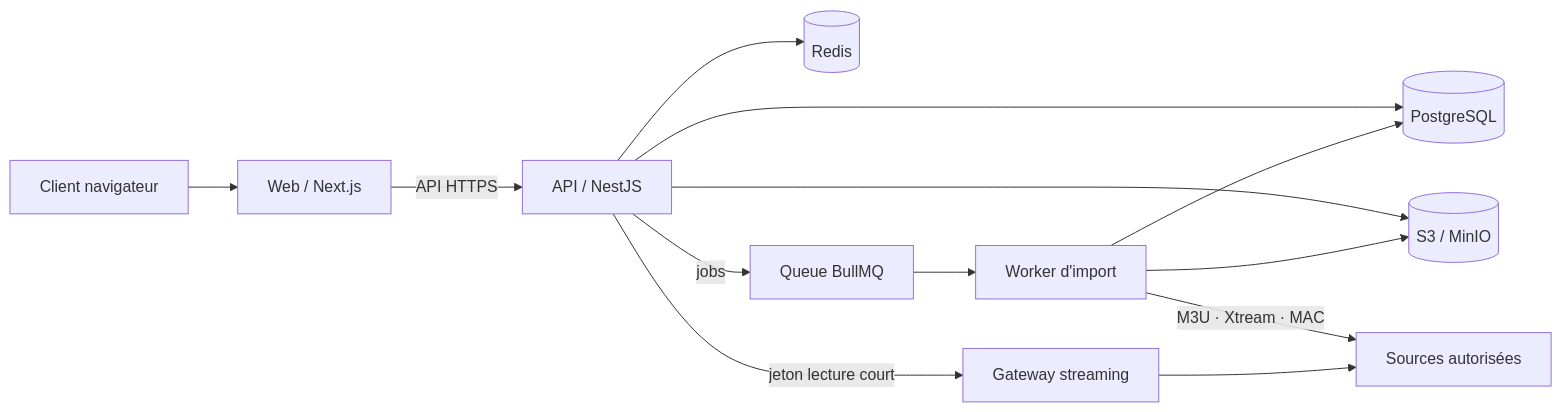
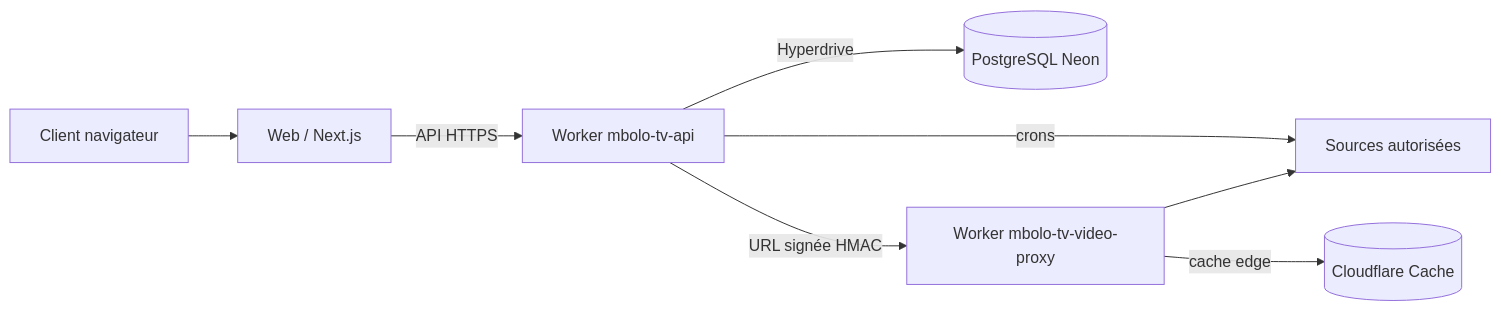
The diagram in docs/architecture/overview.md (justebruneel/mbolotv), drawn with Mermaid before and after one commit. The commit also changed other lines of this file and 156 other files, not shown here.

First line of the commit message:
feat!: supprime apps/api (NestJS) — backend unique Cloudflare Worker [ADR-0002 Phase 3]

````diff
--- a/docs/architecture/overview.md
+++ b/docs/architecture/overview.md
@@ -3,15 +3,10 @@
 ```mermaid
 flowchart LR
   B[Client navigateur] --> W[Web / Next.js]
-  W -->|API HTTPS| A[API / NestJS]
-  A --> P[(PostgreSQL)]
-  A --> R[(Redis)]
-  A --> S[(S3 / MinIO)]
-  A -->|jobs| Q[Queue BullMQ]
-  Q --> K[Worker d'import]
-  K -->|M3U · Xtream · MAC| V[Sources autorisées]
-  K --> P
-  K --> S
-  A -->|jeton lecture court| G[Gateway streaming]
+  W -->|API HTTPS| A[Worker mbolo-tv-api]
+  A -->|Hyperdrive| P[(PostgreSQL Neon)]
+  A -->|crons| V[Sources autorisées]
+  A -->|URL signée HMAC| G[Worker mbolo-tv-video-proxy]
+  G -->|cache edge| C[(Cloudflare Cache)]
   G --> V
 ```
````
